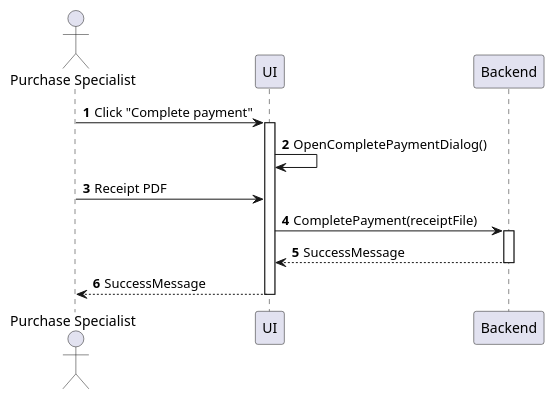
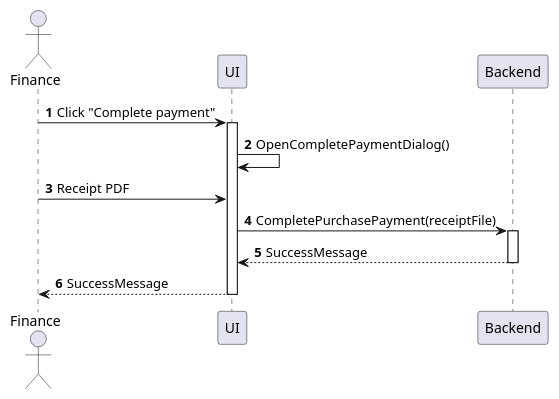
The diagram in sequences/purchase-order-complete-payment.plantuml (phihungha/scmss-reqs), drawn with PlantUML before and after one commit. The commit also changed 17 other files, not shown here.

Commit message:
Improve sales sequences

```diff
--- a/sequences/purchase-order-complete-payment.plantuml
+++ b/sequences/purchase-order-complete-payment.plantuml
@@ -1,16 +1,16 @@
 @startuml purchase-order-complete-payment
 autonumber
 
-actor "Purchase Specialist" as a
+actor "Finance" as a
 participant UI as f
 participant Backend as b
 
 a -> f : Click "Complete payment"
 activate f
 f -> f : OpenCompletePaymentDialog()
 a -> f : Receipt PDF
-f -> b : CompletePayment(receiptFile)
+f -> b : CompletePurchasePayment(receiptFile)
 activate b
 return SuccessMessage
 return SuccessMessage
 @enduml
```
